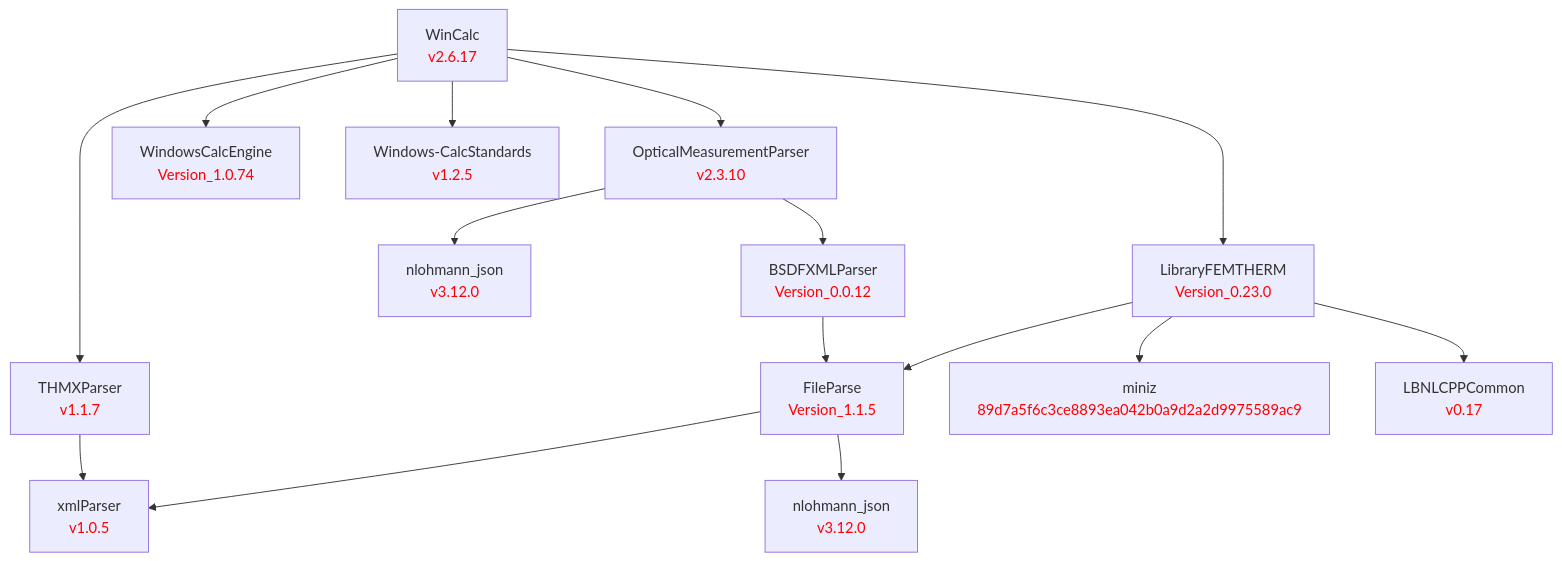
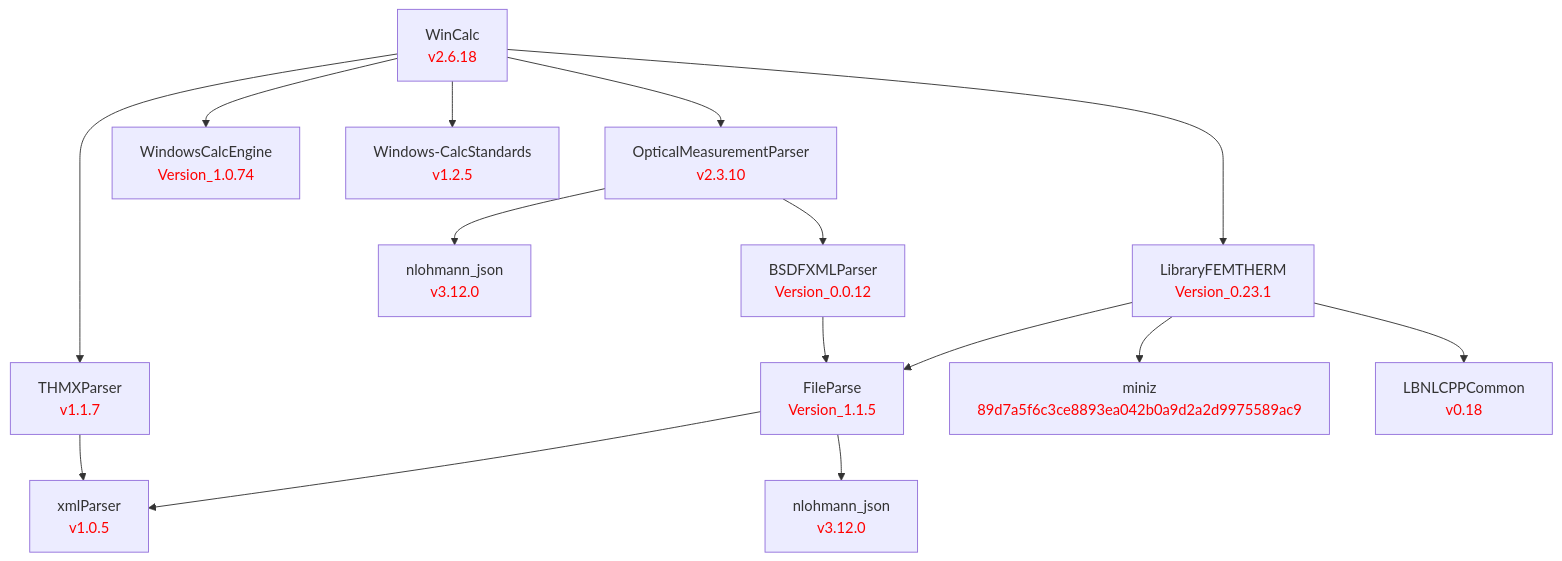
Before and after one commit to LBNL-ETA/WinCalc: the diagram in doc/WinCalc.md, drawn with Mermaid. The commit also changed 1 other file, not shown here.

Commit message:
Bump to v2.6.18; LibraryFEMTherm Version_0.23.0 -> Version_0.23.1

````diff
--- a/doc/WinCalc.md
+++ b/doc/WinCalc.md
@@ -1,49 +1,49 @@
 ```mermaid
 graph TD
     %% Level 0
-    WinCalc[WinCalc<br/><font color='red'>v2.6.17</font>]
+    WinCalc[WinCalc<br/><font color='red'>v2.6.18</font>]
 
     %% Level 1 - direct dependencies
     OpticalMeasurementParser[OpticalMeasurementParser<br/><font color='red'>v2.3.10</font>]
     THMXParser[THMXParser<br/><font color='red'>v1.1.7</font>]
     WindowsCalcEngine[WindowsCalcEngine<br/><font color='red'>Version_1.0.74</font>]
     Windows-CalcStandards[Windows-CalcStandards<br/><font color='red'>v1.2.5</font>]
-    LibraryFEMTHERM[LibraryFEMTHERM<br/><font color='red'>Version_0.23.0</font>]
+    LibraryFEMTHERM[LibraryFEMTHERM<br/><font color='red'>Version_0.23.1</font>]
 
     %% Level 2
     nlohmann_omp[nlohmann_json<br/><font color='red'>v3.12.0</font>]
     BSDFXMLParser[BSDFXMLParser<br/><font color='red'>Version_0.0.12</font>]
     FileParse[FileParse<br/><font color='red'>Version_1.1.5</font>]
     miniz[miniz<br/><font color='red'>89d7a5f6c3ce8893ea042b0a9d2a2d9975589ac9</font>]
-    LBNLCPPCommon[LBNLCPPCommon<br/><font color='red'>v0.17</font>]
+    LBNLCPPCommon[LBNLCPPCommon<br/><font color='red'>v0.18</font>]
 
     %% Level 3
     xmlParser[xmlParser<br/><font color='red'>v1.0.5</font>]
     nlohmann_fp[nlohmann_json<br/><font color='red'>v3.12.0</font>]
 
     %% WinCalc dependencies
     WinCalc --> OpticalMeasurementParser
     WinCalc --> THMXParser
     WinCalc --> WindowsCalcEngine
     WinCalc --> Windows-CalcStandards
     WinCalc --> LibraryFEMTHERM
 
     %% OpticalMeasurementParser dependencies
     OpticalMeasurementParser --> nlohmann_omp
     OpticalMeasurementParser --> BSDFXMLParser
 
     %% LibraryFEMTHERM dependencies
     LibraryFEMTHERM --> FileParse
     LibraryFEMTHERM --> miniz
     LibraryFEMTHERM --> LBNLCPPCommon
 
     %% BSDFXMLParser dependencies
     BSDFXMLParser --> FileParse
 
     %% FileParse dependencies
     FileParse --> xmlParser
     FileParse --> nlohmann_fp
 
     %% THMXParser dependencies
     THMXParser --> xmlParser
 ```
````
